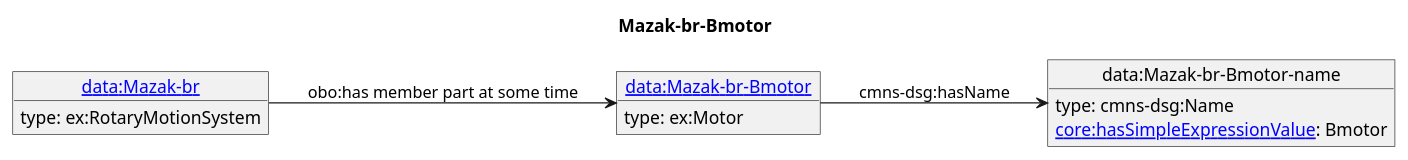
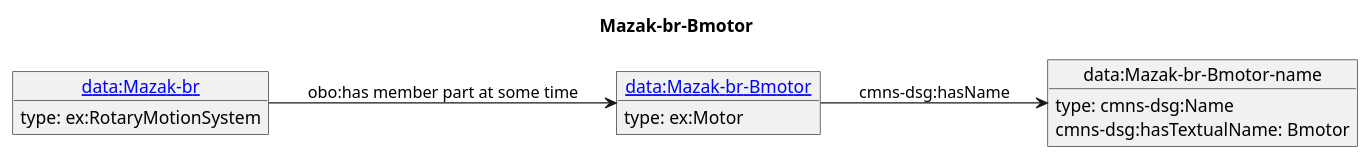
One commit to iofoundry/example-syseng-mtconnect changed the diagram in diagrams/Mazak-br-Bmotor.puml. Above: the diagram before and after it, drawn with PlantUML. The commit also changed 144 other files, not shown here.

Commit message:
Switched to omg commons hasTextualName since it does not require a value expression as the domain.

```diff
--- a/diagrams/Mazak-br-Bmotor.puml
+++ b/diagrams/Mazak-br-Bmotor.puml
@@ -1,17 +1,17 @@
 @startuml
 skinparam linetype polyline
 left to right direction
 title Mazak-br-Bmotor
 object "[[./Mazak-br-Bmotor.html data:Mazak-br-Bmotor]]" as o1 {
  type: ex:Motor 
 }
 object "data:Mazak-br-Bmotor-name" as o2 {
  type: cmns-dsg:Name 
 }
 object "[[./Mazak-br.html data:Mazak-br]]" as o3 {
  type: ex:RotaryMotionSystem 
 }
 o1 --> o2 : cmns-dsg:hasName
-o2 : [[https://spec.industrialontologies.org/ontology/core/Core/hasSimpleExpressionValue core:hasSimpleExpressionValue]]: Bmotor
+o2 : cmns-dsg:hasTextualName: Bmotor
 o3 --> o1 : obo:has member part at some time
 @enduml
```
